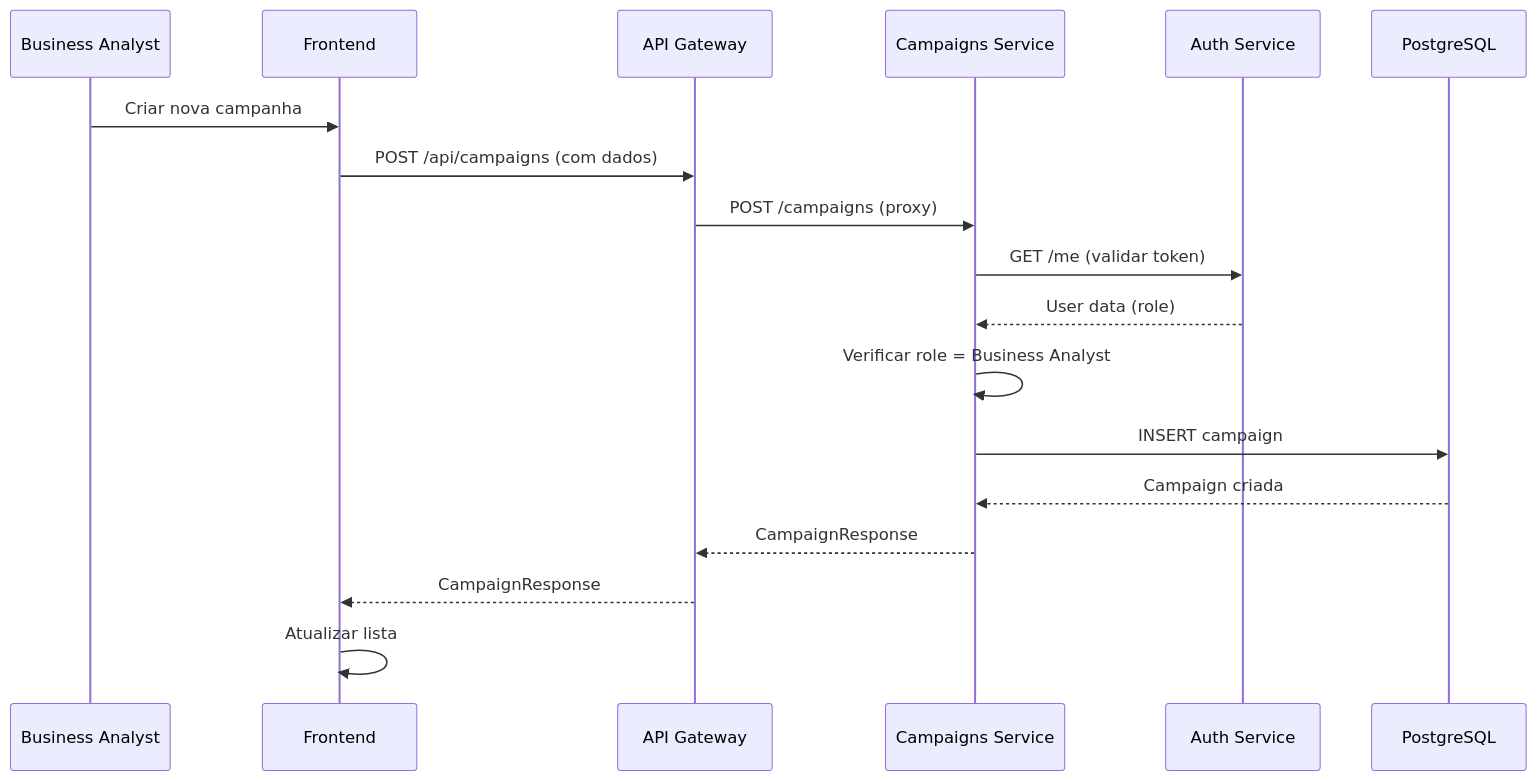
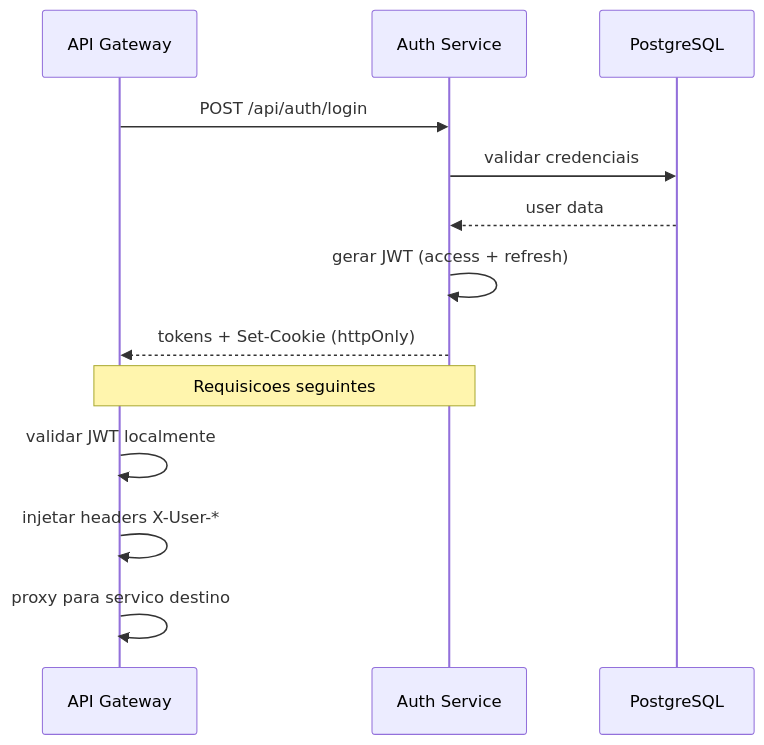
The fourth of 8 diagrams in DIAGRAMA_IMPLEMENTACAO.md (anacds/dm-orqestra), drawn with Mermaid before and after one commit. The commit also changed other lines of this file and 173 other files, not shown here.

````diff
--- a/DIAGRAMA_IMPLEMENTACAO.md
+++ b/DIAGRAMA_IMPLEMENTACAO.md
@@ -133,21 +159,17 @@
 ```mermaid
 sequenceDiagram
-    participant U as Business Analyst
-    participant FE as Frontend
     participant GW as API Gateway
-    participant CAMP as Campaigns Service
     participant AUTH as Auth Service
     participant DB as PostgreSQL
 
-    U->>FE: Criar nova campanha
-    FE->>GW: POST /api/campaigns (com dados)
-    GW->>CAMP: POST /campaigns (proxy)
-    CAMP->>AUTH: GET /me (validar token)
-    AUTH-->>CAMP: User data (role)
-    CAMP->>CAMP: Verificar role = Business Analyst
-    CAMP->>DB: INSERT campaign
-    DB-->>CAMP: Campaign criada
-    CAMP-->>GW: CampaignResponse
-    GW-->>FE: CampaignResponse
-    FE->>FE: Atualizar lista
+    GW->>AUTH: POST /api/auth/login
+    AUTH->>DB: validar credenciais
+    DB-->>AUTH: user data
+    AUTH->>AUTH: gerar JWT (access + refresh)
+    AUTH-->>GW: tokens + Set-Cookie (httpOnly)
+
+    Note over GW,AUTH: Requisicoes seguintes
+    GW->>GW: validar JWT localmente
+    GW->>GW: injetar headers X-User-*
+    GW->>GW: proxy para servico destino
 ```
````
